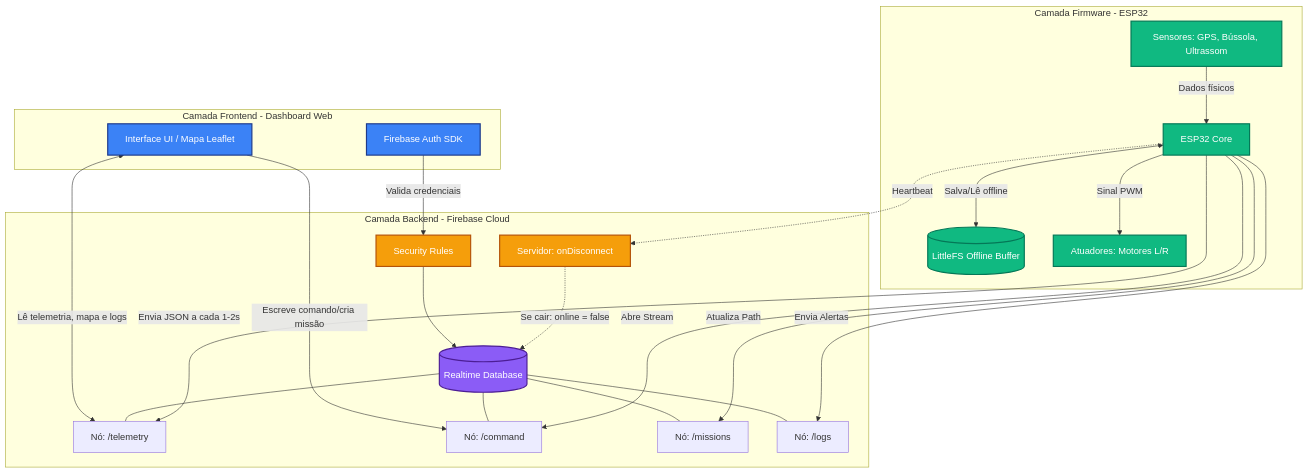
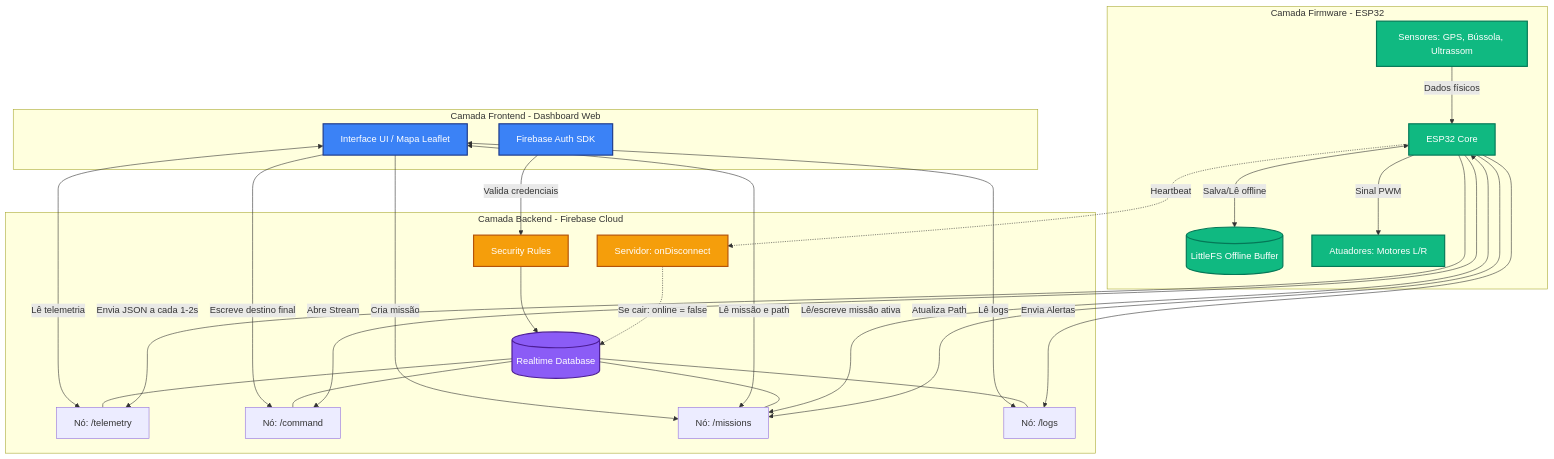
One commit to Vandrekad/USVs-Drone-Fluvial-Autonomo changed the first of 3 diagrams in README.md. Above: the diagram before and after it, drawn with Mermaid. The commit also changed other lines of this file, not shown here.

````diff
--- a/README.md
+++ b/README.md
@@ -49,55 +52,59 @@
 ```mermaid
 graph TD
     %% Estilização
     classDef frontend fill:#3b82f6,stroke:#1e3a8a,stroke-width:2px,color:#fff;
     classDef backend fill:#f59e0b,stroke:#b45309,stroke-width:2px,color:#fff;
     classDef firmware fill:#10b981,stroke:#047857,stroke-width:2px,color:#fff;
     classDef db fill:#8b5cf6,stroke:#4c1d95,stroke-width:2px,color:#fff;
 
     subgraph Front [Camada Frontend - Dashboard Web]
         UI[Interface UI / Mapa Leaflet]:::frontend
         Auth[Firebase Auth SDK]:::frontend
     end
 
     subgraph Cloud [Camada Backend - Firebase Cloud]
         RTDB[(Realtime Database)]:::db
         Rules[Security Rules]:::backend
         StatusServer[Servidor: onDisconnect]:::backend
         
         %% Nós do RTDB
         node_tele[Nó: /telemetry]
         node_cmd[Nó: /command]
         node_miss[Nó: /missions]
         node_log[Nó: /logs]
     end
 
     subgraph Hard [Camada Firmware - ESP32]
         ESP[ESP32 Core]:::firmware
         LittleFS[(LittleFS Offline Buffer)]:::firmware
         Sensors[Sensores: GPS, Bússola, Ultrassom]:::firmware
         Motors[Atuadores: Motores L/R]:::firmware
     end
 
     %% Conexões Frontend -> Cloud
     Auth -->|Valida credenciais| Rules
-    UI -->|Escreve comando/cria missão| node_cmd
-    UI <-->|Lê telemetria, mapa e logs| node_tele
+    UI -->|Escreve destino final| node_cmd
+    UI -->|Cria missão| node_miss
+    UI <-->|Lê telemetria| node_tele
+    UI <-->|Lê missão e path| node_miss
+    UI <-->|Lê logs| node_log
 
     %% Organização interna Cloud
     Rules --> RTDB
     RTDB --- node_tele & node_cmd & node_miss & node_log
 
     %% Conexões Firmware -> Cloud
     ESP -->|Envia JSON a cada 1-2s| node_tele
     ESP -->|Abre Stream| node_cmd
+    ESP <-->|Lê/escreve missão ativa| node_miss
     ESP -->|Atualiza Path| node_miss
     ESP -->|Envia Alertas| node_log
     ESP -.->|Heartbeat| StatusServer
     
     StatusServer -.->|Se cair: online = false| RTDB
 
     %% Conexões internas Firmware
     Sensors -->|Dados físicos| ESP
     ESP <-->|Salva/Lê offline| LittleFS
     ESP -->|Sinal PWM| Motors
 ```
````
